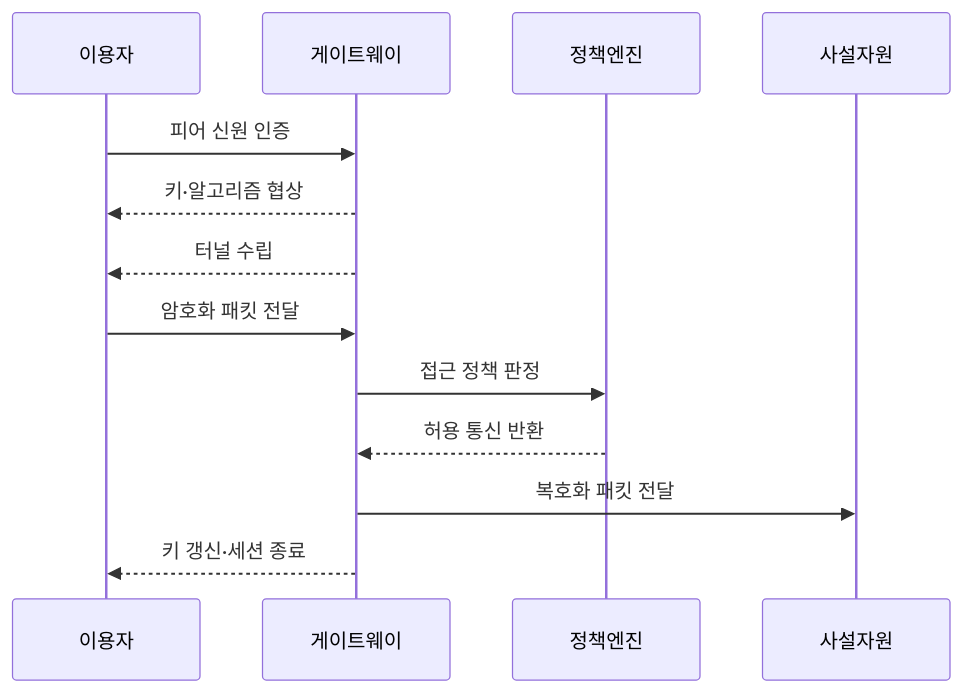
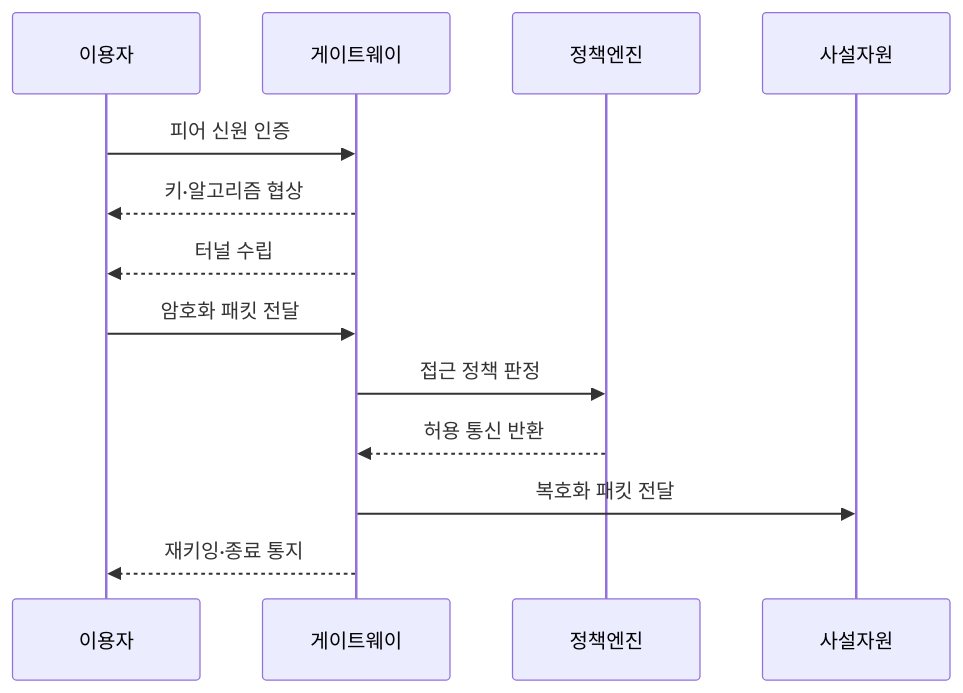
The second of 2 diagrams in src/content/docs/notes/04-network/089_vpn.md (agnusdei1207/knowledge-base), drawn with Mermaid before and after one commit. The commit also changed other lines of this file and 27 other files, not shown here.

````diff
--- a/src/content/docs/notes/04-network/089_vpn.md
+++ b/src/content/docs/notes/04-network/089_vpn.md
@@ -80,15 +80,15 @@
 ```mermaid
 sequenceDiagram
     participant 이용자
     participant 게이트웨이
     participant 정책엔진
     participant 사설자원
     이용자->>게이트웨이: 피어 신원 인증
     게이트웨이-->>이용자: 키·알고리즘 협상
     게이트웨이-->>이용자: 터널 수립
     이용자->>게이트웨이: 암호화 패킷 전달
     게이트웨이->>정책엔진: 접근 정책 판정
     정책엔진-->>게이트웨이: 허용 통신 반환
     게이트웨이->>사설자원: 복호화 패킷 전달
-    게이트웨이-->>이용자: 키 갱신·세션 종료
+    게이트웨이-->>이용자: 재키잉·종료 통지
 ```
````
